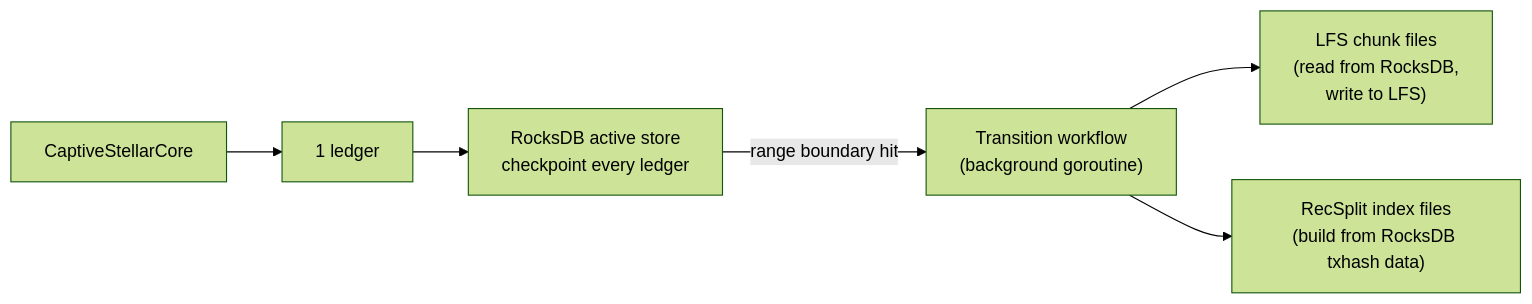
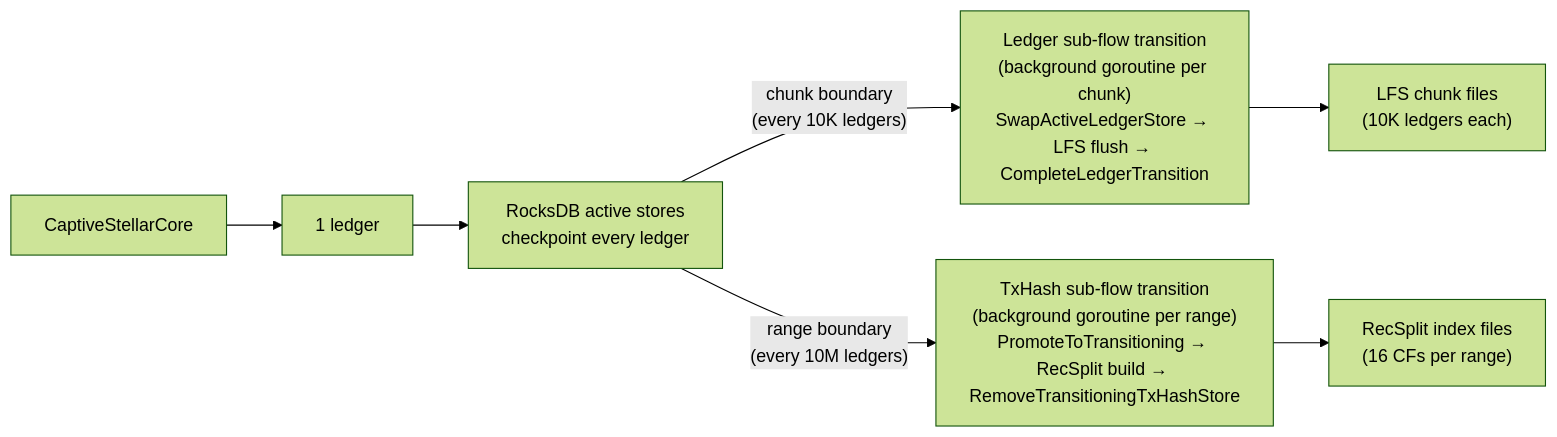
The fourth of 8 diagrams in design-docs-v2/01-architecture-overview.md (karthikiyer56/stellar-full-history-ingestion), drawn with Mermaid (forest theme) before and after one commit. The commit also changed other lines of this file and 14 other files, not shown here.

First line of the commit message:
docs: fix streaming model — independent sub-flow transitions at chunk/range cadence

````diff
--- a/design-docs-v2/01-architecture-overview.md
+++ b/design-docs-v2/01-architecture-overview.md
@@ -149,8 +156,9 @@
 ```mermaid
 flowchart LR
     A["CaptiveStellarCore"] --> B["1 ledger"]
-    B --> C["RocksDB active store<br/>checkpoint every ledger"]
-    C -->|"range boundary hit"| D["Transition workflow<br/>(background goroutine)"]
-    D --> E["LFS chunk files<br/>(read from RocksDB,<br/>write to LFS)"]
-    D --> F["RecSplit index files<br/>(build from RocksDB txhash data)"]
+    B --> C["RocksDB active stores<br/>checkpoint every ledger"]
+    C -->|"chunk boundary<br/>(every 10K ledgers)"| D["Ledger sub-flow transition<br/>(background goroutine per chunk)<br/>SwapActiveLedgerStore → LFS flush → CompleteLedgerTransition"]
+    D --> E["LFS chunk files<br/>(10K ledgers each)"]
+    C -->|"range boundary<br/>(every 10M ledgers)"| F["TxHash sub-flow transition<br/>(background goroutine per range)<br/>PromoteToTransitioning → RecSplit build → RemoveTransitioningTxHashStore"]
+    F --> G["RecSplit index files<br/>(16 CFs per range)"]
 ```
````
